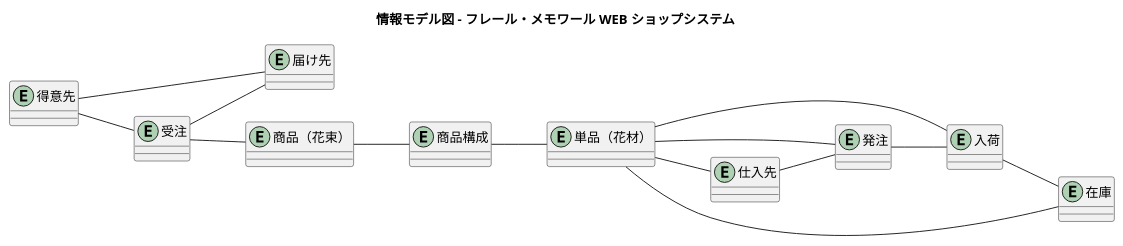
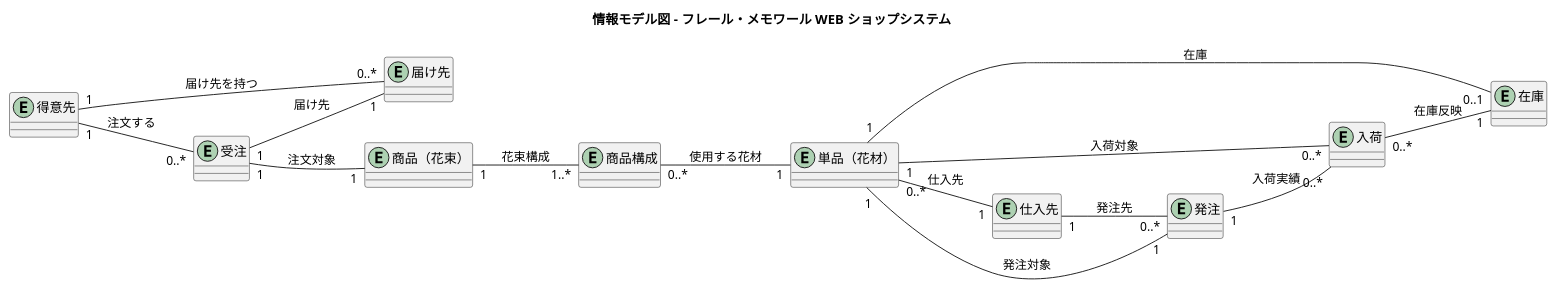
One commit to k2works/case-study-sdd-development changed diagram 18 of 21 in docs/requirements/requirements_definition.md. Above: the diagram before and after it, drawn with PlantUML. The commit also changed other lines of this file and 3 other files, not shown here.

````diff
--- a/docs/requirements/requirements_definition.md
+++ b/docs/requirements/requirements_definition.md
@@ -794,49 +794,49 @@
 ```plantuml
 @startuml
 
 title 情報モデル図 - フレール・メモワール WEB ショップシステム
 
 left to right direction
 
 ' 顧客関連
 entity "得意先" as customer
 entity "届け先" as delivery_dest
 
 ' 商品関連
 entity "商品（花束）" as product
 entity "商品構成" as composition
 entity "単品（花材）" as item
 
 ' 受注関連
 entity "受注" as order
 
 ' 仕入関連
 entity "仕入先" as supplier
 entity "発注" as purchase_order
 entity "入荷" as arrival
 
 ' 在庫関連
 entity "在庫" as stock
 
-' 関連付け
-customer -- order
-customer -- delivery_dest
+' 関連付け（カーディナリティ付き）
+customer "1" -- "0..*" order : 注文する
+customer "1" -- "0..*" delivery_dest : 届け先を持つ
 
-order -- product
-order -- delivery_dest
+order "1" -- "1" product : 注文対象
+order "1" -- "1" delivery_dest : 届け先
 
-product -- composition
-composition -- item
+product "1" -- "1..*" composition : 花束構成
+composition "0..*" -- "1" item : 使用する花材
 
-item -- supplier
-item -- stock
+item "0..*" -- "1" supplier : 仕入先
+item "1" -- "0..1" stock : 在庫
 
-supplier -- purchase_order
-purchase_order -- item
-purchase_order -- arrival
+supplier "1" -- "0..*" purchase_order : 発注先
+purchase_order "1" -- "1" item : 発注対象
+purchase_order "1" -- "0..*" arrival : 入荷実績
 
-arrival -- item
-arrival -- stock
+arrival "0..*" -- "1" item : 入荷対象
+arrival "0..*" -- "1" stock : 在庫反映
 
 @enduml
 ```
````
